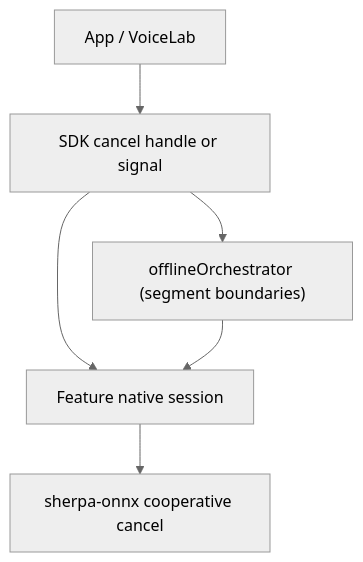
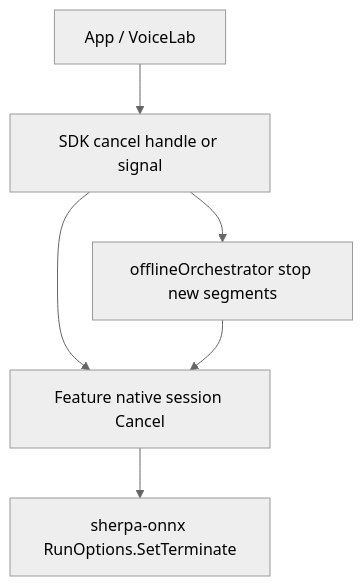
One commit to XDcobra/react-native-sherpa-onnx changed the second of 2 diagrams in docs/future-work/native-offline-inference-cancel-future-work.md. Above: the diagram before and after it, drawn with Mermaid (neutral theme). The commit also changed other lines of this file, not shown here.

First line of the commit message:
docs(future-work): update native offline inference cancellation strategy

````diff
--- a/docs/future-work/native-offline-inference-cancel-future-work.md
+++ b/docs/future-work/native-offline-inference-cancel-future-work.md
@@ -144,8 +191,8 @@
 ```mermaid
 flowchart TD
   app["App / VoiceLab"] --> sdkCancel["SDK cancel handle or signal"]
-  sdkCancel --> orch["offlineOrchestrator (segment boundaries)"]
-  sdkCancel --> native["Feature native session"]
-  native --> sherpa["sherpa-onnx cooperative cancel"]
+  sdkCancel --> orch["offlineOrchestrator stop new segments"]
+  sdkCancel --> native["Feature native session Cancel"]
+  native --> sherpa["sherpa-onnx RunOptions.SetTerminate"]
   orch --> native
 ```
````
